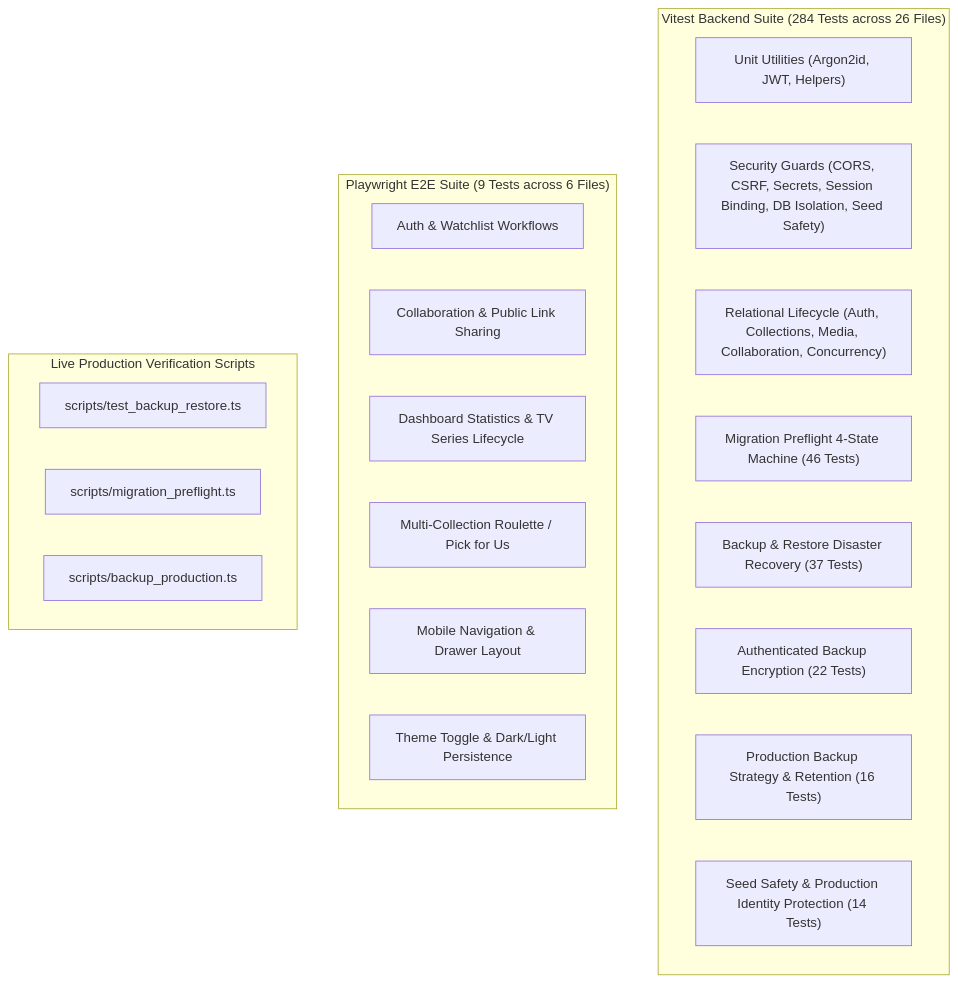
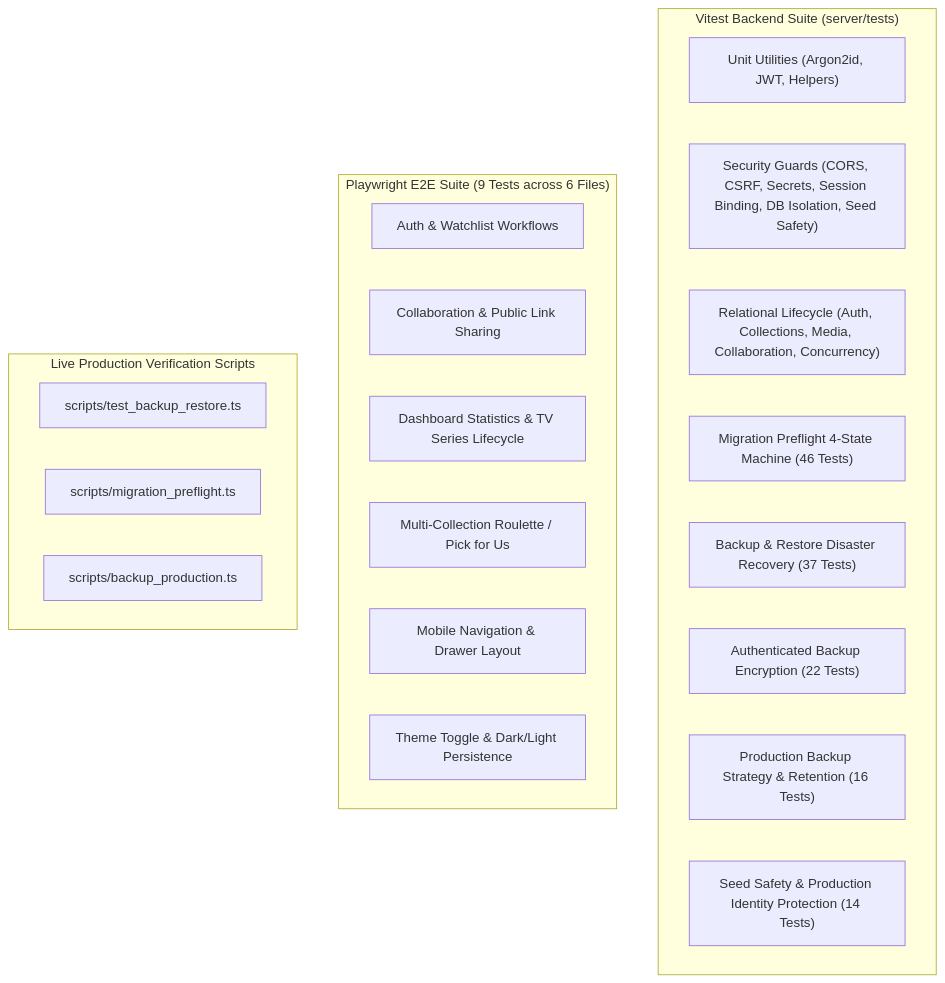
The diagram in docs/TESTING.md (SuyogSky/CineTrack), drawn with Mermaid before and after one commit. The commit also changed other lines of this file and 21 other files, not shown here.

````diff
--- a/docs/TESTING.md
+++ b/docs/TESTING.md
@@ -17,28 +17,28 @@
 ```mermaid
 flowchart TD
-    subgraph VitestBackend["Vitest Backend Suite (284 Tests across 26 Files)"]
+    subgraph VitestBackend["Vitest Backend Suite (server/tests)"]
         Unit["Unit Utilities (Argon2id, JWT, Helpers)"]
         Security["Security Guards (CORS, CSRF, Secrets, Session Binding, DB Isolation, Seed Safety)"]
         Relational["Relational Lifecycle (Auth, Collections, Media, Collaboration, Concurrency)"]
         Preflight["Migration Preflight 4-State Machine (46 Tests)"]
         Backup["Backup & Restore Disaster Recovery (37 Tests)"]
         Crypto["Authenticated Backup Encryption (22 Tests)"]
         ProductionBackup["Production Backup Strategy & Retention (16 Tests)"]
         SeedSafety["Seed Safety & Production Identity Protection (14 Tests)"]
     end
 
     subgraph PlaywrightE2E["Playwright E2E Suite (9 Tests across 6 Files)"]
         E2EAuth["Auth & Watchlist Workflows"]
         E2ECollab["Collaboration & Public Link Sharing"]
         E2EStats["Dashboard Statistics & TV Series Lifecycle"]
         E2ERoulette["Multi-Collection Roulette / Pick for Us"]
         E2EMobile["Mobile Navigation & Drawer Layout"]
         E2ETheme["Theme Toggle & Dark/Light Persistence"]
     end
 
     subgraph LiveVerifications["Live Production Verification Scripts"]
         LiveBackup["scripts/test_backup_restore.ts"]
         LivePreflight["scripts/migration_preflight.ts"]
         ProdBackup["scripts/backup_production.ts"]
     end
 ```
````
